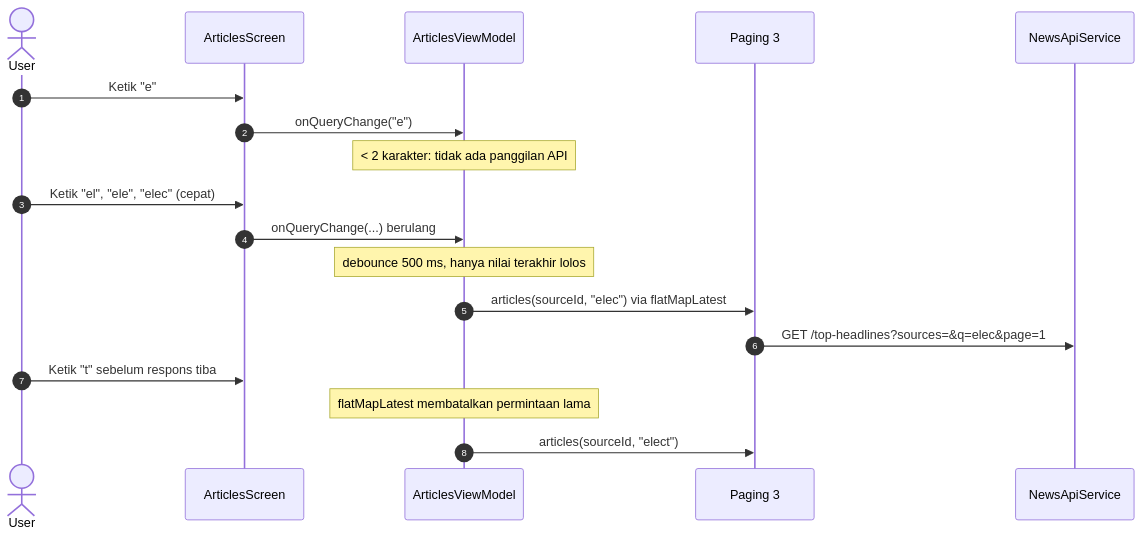
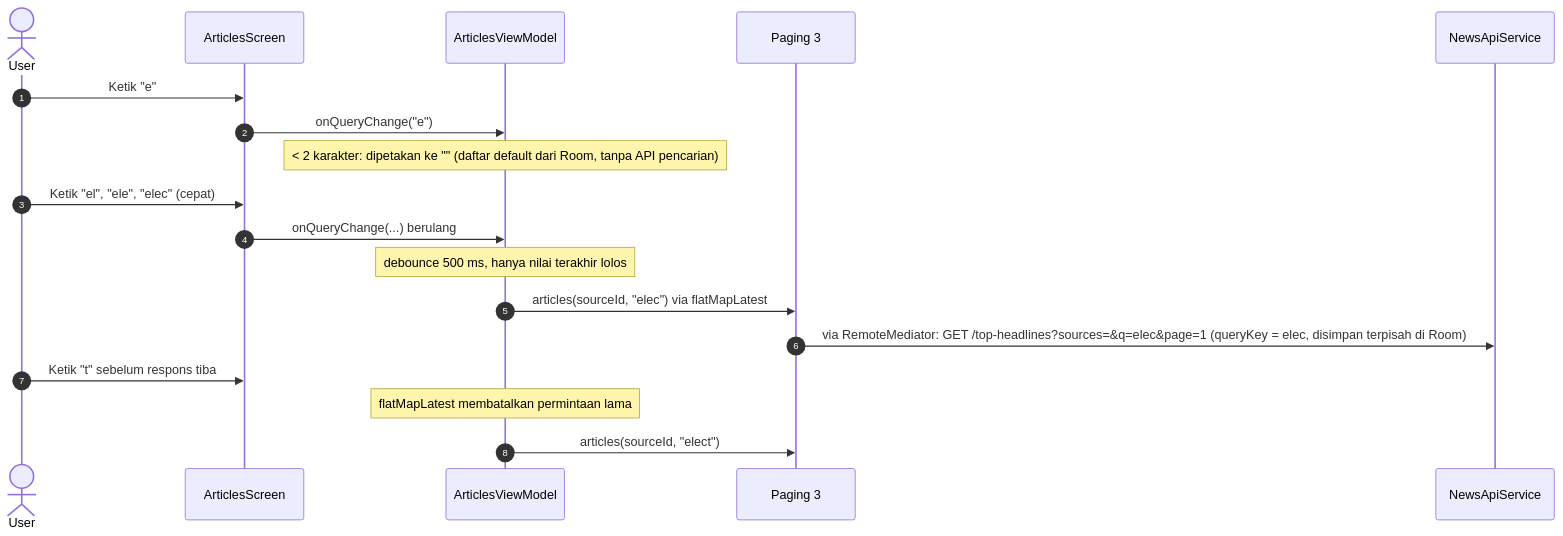
One commit to halimjr11/beacon changed the fifth of 6 diagrams in docs/architecture_engineering_decisions.md. Above: the diagram before and after it, drawn with Mermaid. The commit also changed other lines of this file and 29 other files, not shown here.

````diff
--- a/docs/architecture_engineering_decisions.md
+++ b/docs/architecture_engineering_decisions.md
@@ -244,21 +286,21 @@
 ```mermaid
 sequenceDiagram
     autonumber
     actor User
     participant UI as ArticlesScreen
     participant VM as ArticlesViewModel
     participant Pager as Paging 3
     participant API as NewsApiService
 
     User->>UI: Ketik "e"
     UI->>VM: onQueryChange("e")
-    Note over VM: < 2 karakter: tidak ada panggilan API
+    Note over VM: < 2 karakter: dipetakan ke "" (daftar default dari Room, tanpa API pencarian)
     User->>UI: Ketik "el", "ele", "elec" (cepat)
     UI->>VM: onQueryChange(...) berulang
     Note over VM: debounce 500 ms, hanya nilai terakhir lolos
     VM->>Pager: articles(sourceId, "elec") via flatMapLatest
-    Pager->>API: GET /top-headlines?sources=&q=elec&page=1
+    Pager->>API: via RemoteMediator: GET /top-headlines?sources=&q=elec&page=1 (queryKey = elec, disimpan terpisah di Room)
     User->>UI: Ketik "t" sebelum respons tiba
     Note over VM: flatMapLatest membatalkan permintaan lama
     VM->>Pager: articles(sourceId, "elect")
 ```
````
